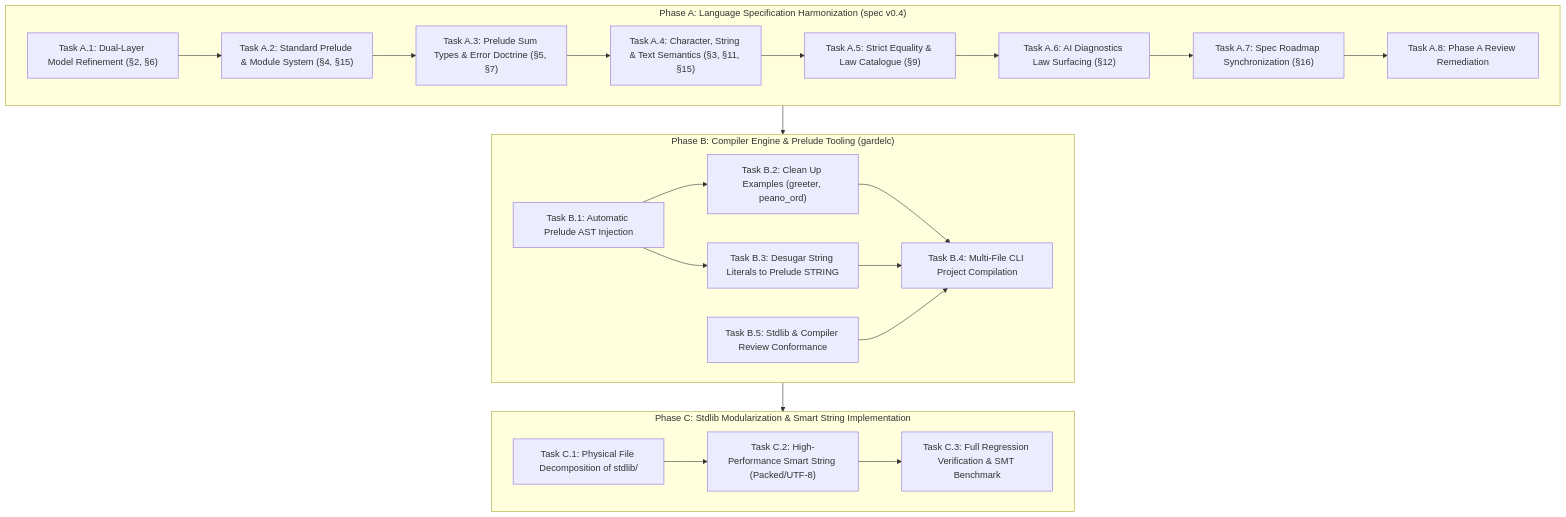
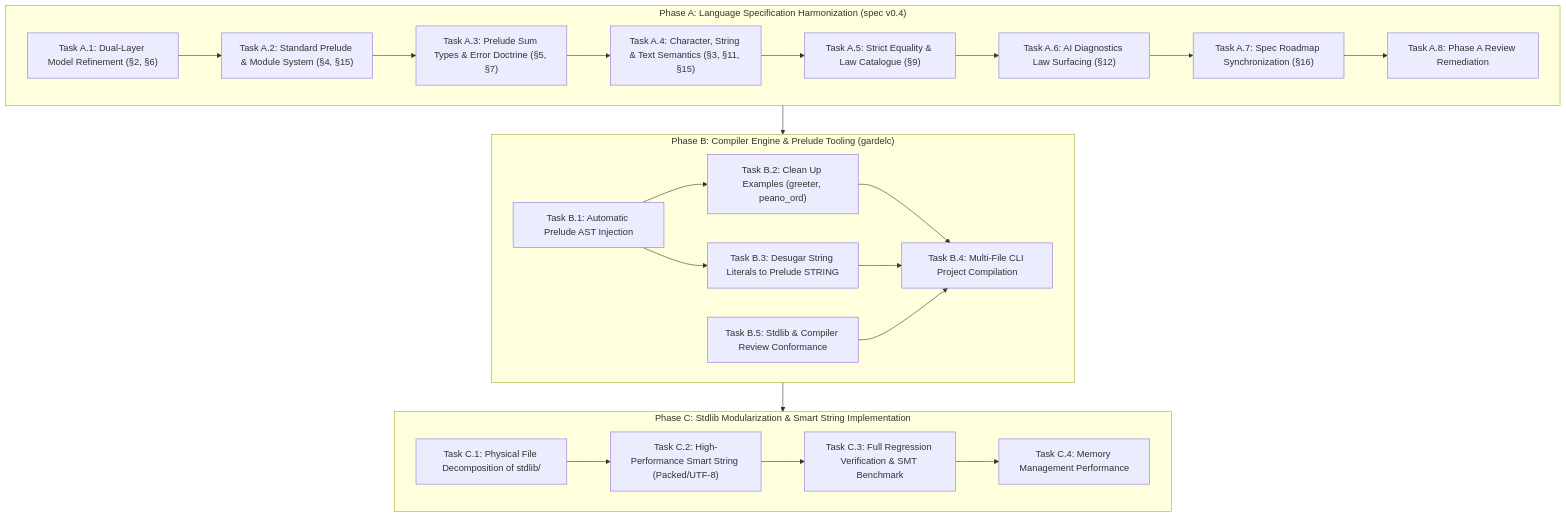
Before and after one commit to GardelPL/gardel: the diagram in plan/Roadmap.md, drawn with Mermaid. The commit also changed other lines of this file and 16 other files, not shown here.

Commit message:
Updated Roadmap

````diff
--- a/plan/Roadmap.md
+++ b/plan/Roadmap.md
@@ -54,36 +54,37 @@
 ```mermaid
 flowchart TD
     subgraph PhaseA ["Phase A: Language Specification Harmonization (spec v0.4)"]
         A1["Task A.1: Dual-Layer Model Refinement (§2, §6)"]
         A2["Task A.2: Standard Prelude & Module System (§4, §15)"]
         A3["Task A.3: Prelude Sum Types & Error Doctrine (§5, §7)"]
         A4["Task A.4: Character, String & Text Semantics (§3, §11, §15)"]
         A5["Task A.5: Strict Equality & Law Catalogue (§9)"]
         A6["Task A.6: AI Diagnostics Law Surfacing (§12)"]
         A7["Task A.7: Spec Roadmap Synchronization (§16)"]
         A8["Task A.8: Phase A Review Remediation"]
         A1 --> A2 --> A3 --> A4 --> A5 --> A6 --> A7 --> A8
     end
 
     subgraph PhaseB ["Phase B: Compiler Engine & Prelude Tooling (gardelc)"]
         B1["Task B.1: Automatic Prelude AST Injection"]
         B2["Task B.2: Clean Up Examples (greeter, peano_ord)"]
         B3["Task B.3: Desugar String Literals to Prelude STRING"]
         B4["Task B.4: Multi-File CLI Project Compilation"]
         B5["Task B.5: Stdlib & Compiler Review Conformance"]
         B1 --> B2
         B1 --> B3
         B2 --> B4
         B3 --> B4
         B5 --> B4
     end
 
     subgraph PhaseC ["Phase C: Stdlib Modularization & Smart String Implementation"]
         C1["Task C.1: Physical File Decomposition of stdlib/"]
         C2["Task C.2: High-Performance Smart String (Packed/UTF-8)"]
         C3["Task C.3: Full Regression Verification & SMT Benchmark"]
-        C1 --> C2 --> C3
+        C4["Task C.4: Memory Management Performance"]
+        C1 --> C2 --> C3 --> C4
     end
 
     PhaseA --> PhaseB --> PhaseC
 ```
````
